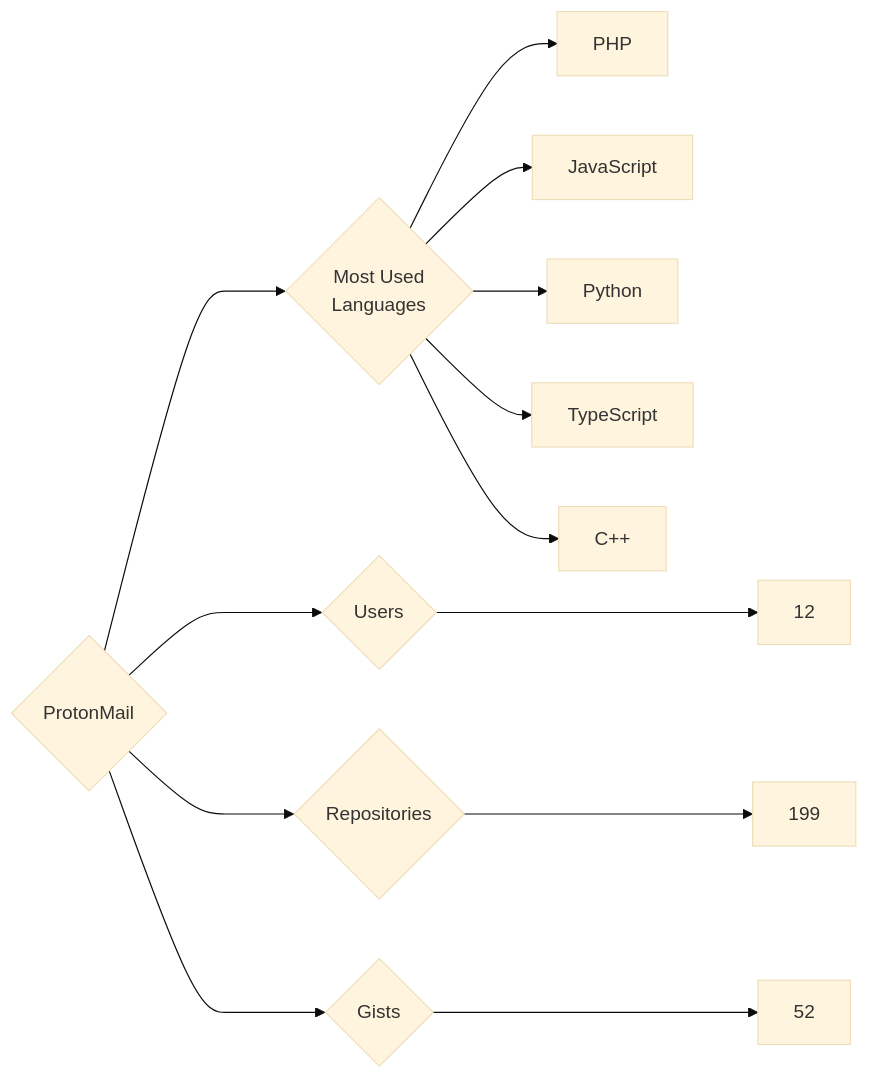
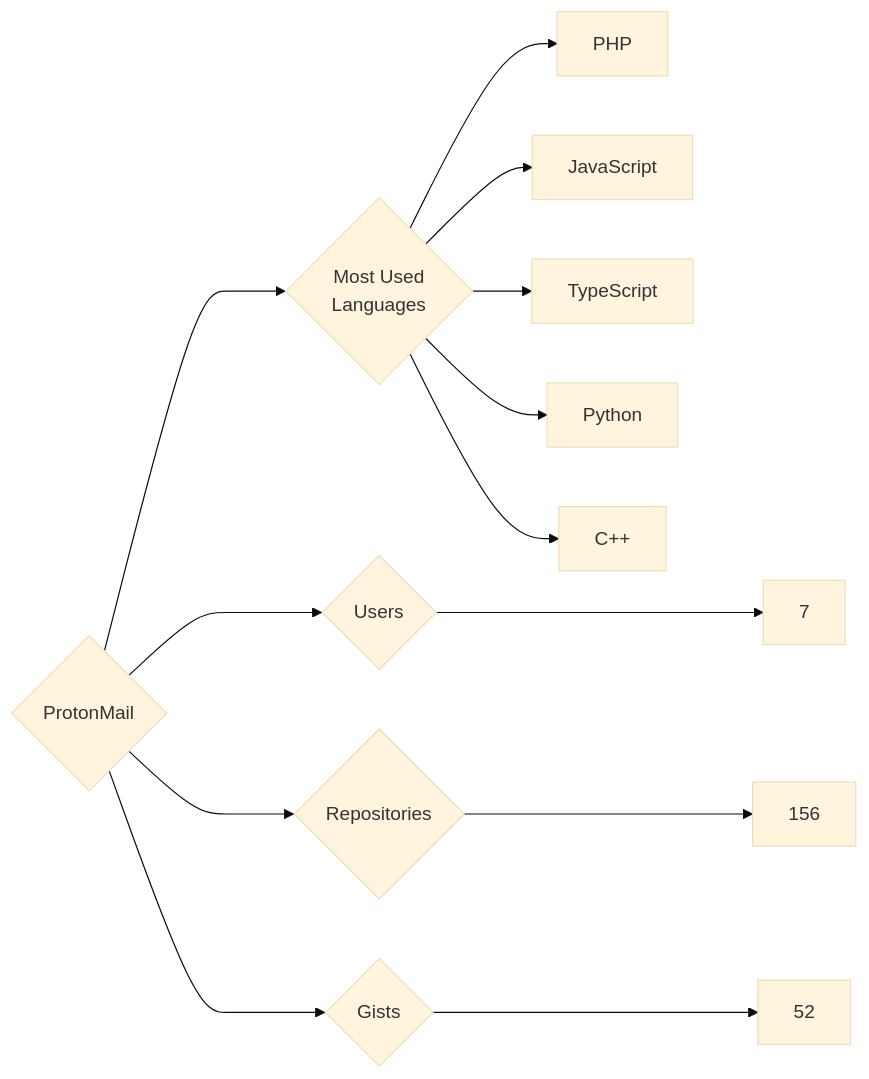
The diagram in targets/ProtonMail/README.md (trickest/insiders), drawn with Mermaid (base theme) before and after one commit. The commit also changed 823 other files, not shown here.

````diff
--- a/targets/ProtonMail/README.md
+++ b/targets/ProtonMail/README.md
@@ -3,13 +3,13 @@
 ```mermaid
 graph LR
 COMPANY_NAME{ProtonMail}
-COMPANY_NAME ---> U{Users} ---> UN[12]
-COMPANY_NAME ---> R{Repositories} ---> RN[199]
+COMPANY_NAME ---> U{Users} ---> UN[7]
+COMPANY_NAME ---> R{Repositories} ---> RN[156]
 COMPANY_NAME ---> G{Gists} ---> GN[52]
 COMPANY_NAME ---> ML{Most Used<br>Languages}
 ML --> PHP[PHP]
 ML --> JavaScript[JavaScript]
+ML --> TypeScript[TypeScript]
 ML --> Python[Python]
-ML --> TypeScript[TypeScript]
 ML --> C++[C++]
 ```
````
